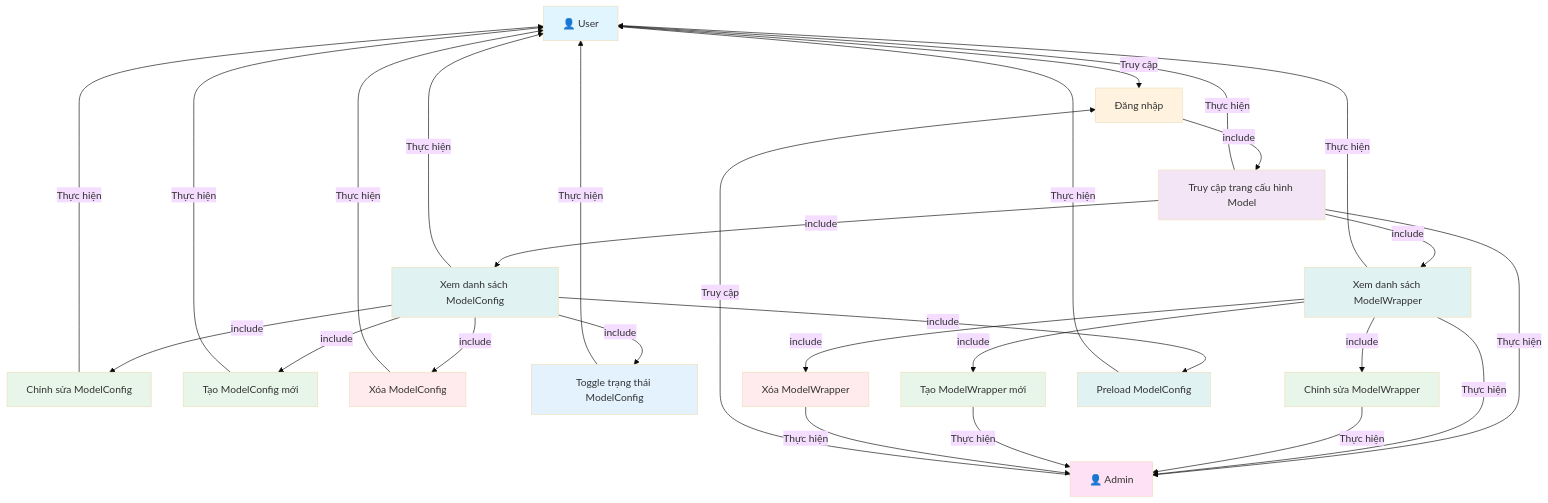
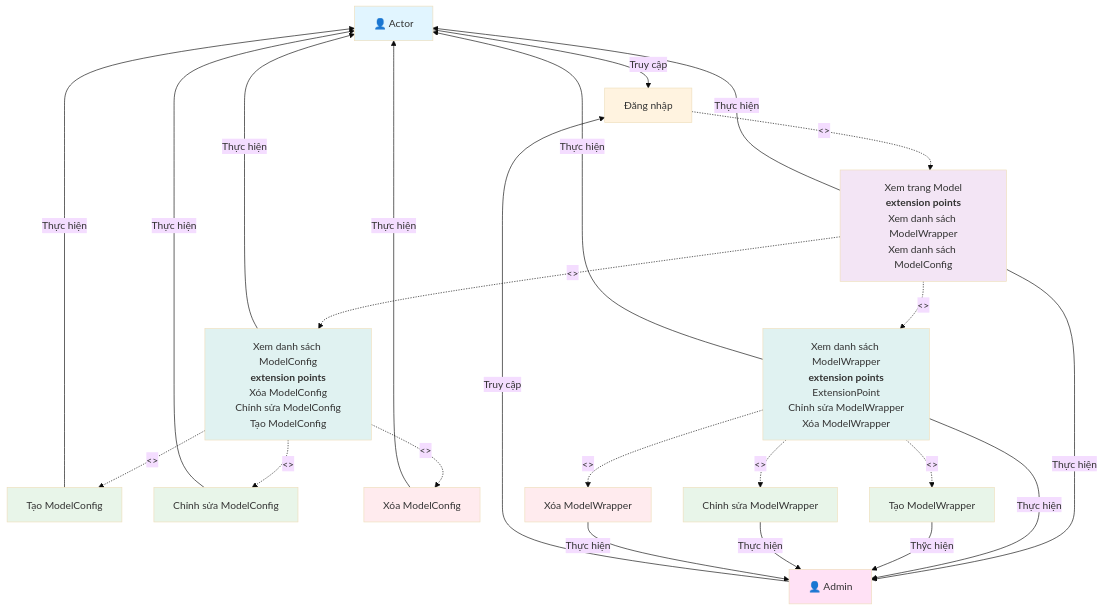
One commit to mduc-2610/gp_doc changed the diagram in model_config/1_model_config_usecase.md. Above: the diagram before and after it, drawn with Mermaid (base theme). The commit also changed other lines of this file and 11 other files, not shown here.

````diff
--- a/model_config/1_model_config_usecase.md
+++ b/model_config/1_model_config_usecase.md
@@ -3,72 +3,64 @@
 ```mermaid
 graph TB
-    Actor["👤 User"]
+    Actor["👤 Actor"]
     AdminActor["👤 Admin"]
     
     Login["Đăng nhập"]
-    AccessModelConfigPage["Truy cập trang cấu hình Model"]
-    ViewModelConfigList["Xem danh sách ModelConfig"]
-    ViewWrapperList["Xem danh sách ModelWrapper"]
+    AccessModelPage["Xem trang Model<br/><b>extension points</b><br/>Xem danh sách ModelWrapper<br/>Xem danh sách ModelConfig"]
+    
+    ViewModelConfigList["Xem danh sách ModelConfig<br/><b>extension points</b><br/>Xóa ModelConfig<br/>Chỉnh sửa ModelConfig<br/>Tạo ModelConfig"]
+    ViewWrapperList["Xem danh sách ModelWrapper<br/><b>extension points</b><br/>ExtensionPoint<br/>Chỉnh sửa ModelWrapper<br/>Xóa ModelWrapper"]
+    
+    CreateModelConfig["Tạo ModelConfig"]
     EditModelConfig["Chỉnh sửa ModelConfig"]
-    CreateModelConfig["Tạo ModelConfig mới"]
     DeleteModelConfig["Xóa ModelConfig"]
-    ToggleModelConfig["Toggle trạng thái ModelConfig"]
     
+    CreateWrapper["Tạo ModelWrapper"]
     EditWrapper["Chỉnh sửa ModelWrapper"]
-    CreateWrapper["Tạo ModelWrapper mới"]
     DeleteWrapper["Xóa ModelWrapper"]
-    PreloadModelConfig["Preload ModelConfig"]
     
     Actor -->|Truy cập| Login
     AdminActor -->|Truy cập| Login
     
-    Login -->|include| AccessModelConfigPage
-    AccessModelConfigPage -->|Thực hiện| Actor
-    AccessModelConfigPage -->|Thực hiện| AdminActor
+    Login -.->|<<Include>>| AccessModelPage
+    AccessModelPage -->|Thực hiện| Actor
+    AccessModelPage -->|Thực hiện| AdminActor
     
-    AccessModelConfigPage -->|include| ViewModelConfigList
+    AccessModelPage -.->|<<Extend>>| ViewModelConfigList
     ViewModelConfigList -->|Thực hiện| Actor
     
-    AccessModelConfigPage -->|include| ViewWrapperList
+    AccessModelPage -.->|<<Extend>>| ViewWrapperList
     ViewWrapperList -->|Thực hiện| Actor
     ViewWrapperList -->|Thực hiện| AdminActor
     
-    ViewModelConfigList -->|include| EditModelConfig
+    ViewModelConfigList -.->|<<Extend>>| CreateModelConfig
+    CreateModelConfig -->|Thực hiện| Actor
+    
+    ViewModelConfigList -.->|<<Extend>>| EditModelConfig
     EditModelConfig -->|Thực hiện| Actor
     
-    ViewModelConfigList -->|include| CreateModelConfig
-    CreateModelConfig -->|Thực hiện| Actor
-    
-    ViewModelConfigList -->|include| DeleteModelConfig
+    ViewModelConfigList -.->|<<Extend>>| DeleteModelConfig
     DeleteModelConfig -->|Thực hiện| Actor
     
-    ViewModelConfigList -->|include| ToggleModelConfig
-    ToggleModelConfig -->|Thực hiện| Actor
+    ViewWrapperList -.->|<<Extend>>| CreateWrapper
+    CreateWrapper -->|Thỹc hiện| AdminActor
     
-    ViewModelConfigList -->|include| PreloadModelConfig
-    PreloadModelConfig -->|Thực hiện| Actor
-    
-    ViewWrapperList -->|include| EditWrapper
+    ViewWrapperList -.->|<<Extend>>| EditWrapper
     EditWrapper -->|Thực hiện| AdminActor
     
-    ViewWrapperList -->|include| CreateWrapper
-    CreateWrapper -->|Thực hiện| AdminActor
-    
-    ViewWrapperList -->|include| DeleteWrapper
+    ViewWrapperList -.->|<<Extend>>| DeleteWrapper
     DeleteWrapper -->|Thực hiện| AdminActor
     
     style Actor fill:#e1f5ff
     style AdminActor fill:#ffe1f5
     style Login fill:#fff3e0
-    style AccessModelConfigPage fill:#f3e5f5
+    style AccessModelPage fill:#f3e5f5
     style ViewModelConfigList fill:#e0f2f1
     style ViewWrapperList fill:#e0f2f1
     style EditModelConfig fill:#e8f5e9
     style CreateModelConfig fill:#e8f5e9
     style DeleteModelConfig fill:#ffebee
-    style ToggleModelConfig fill:#e3f2fd
     style EditWrapper fill:#e8f5e9
     style CreateWrapper fill:#e8f5e9
     style DeleteWrapper fill:#ffebee
-    style PreloadModelConfig fill:#e0f2f1
 ```
````
